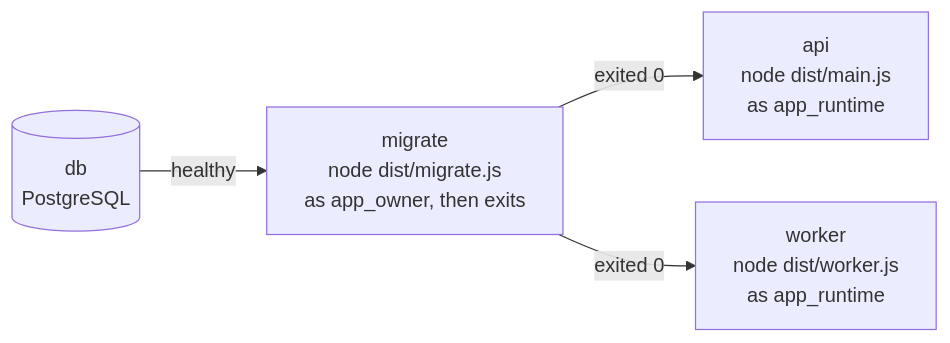
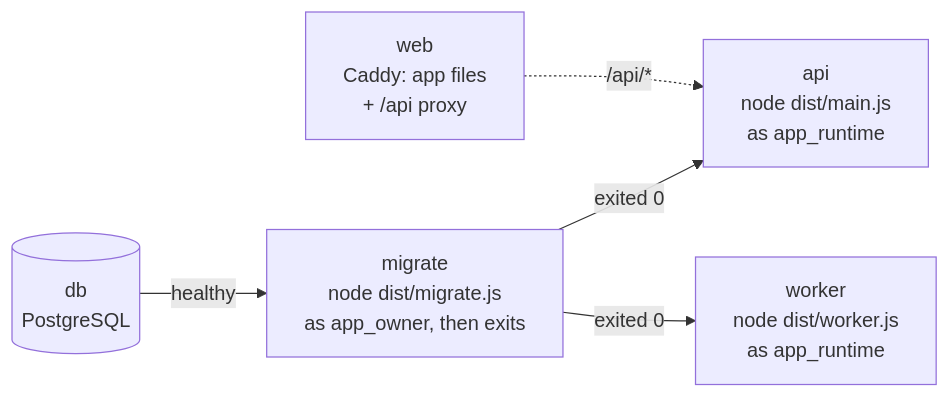
The second of 3 diagrams in docs/architecture.md (aryangupta1811/business-software), drawn with Mermaid before and after one commit. The commit also changed other lines of this file and 50 other files, not shown here.

First line of the commit message:
chore: build the react web skeleton with caddy and three languages (P0.5) (#5)

````diff
--- a/docs/architecture.md
+++ b/docs/architecture.md
@@ -58,6 +58,7 @@
 ```mermaid
 flowchart LR
   db[("db<br/>PostgreSQL")] -- "healthy" --> migrate["migrate<br/>node dist/migrate.js<br/>as app_owner, then exits"]
   migrate -- "exited 0" --> api["api<br/>node dist/main.js<br/>as app_runtime"]
   migrate -- "exited 0" --> worker["worker<br/>node dist/worker.js<br/>as app_runtime"]
+  web["web<br/>Caddy: app files<br/>+ /api proxy"] -. "/api/*" .-> api
 ```
````
